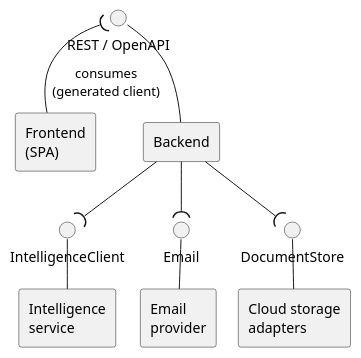
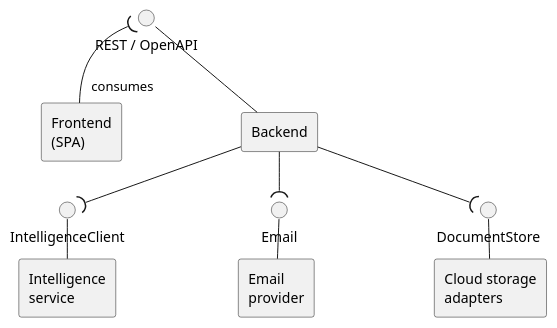
One commit to idris-saddi/pfe-report changed the diagram in report/Chapter3/figures/component-view.puml. Above: the diagram before and after it, drawn with PlantUML. The commit also changed 35 other files, not shown here.

Commit message:
refactor: update figures and improve diagram layouts for clarity

```diff
--- a/report/Chapter3/figures/component-view.puml
+++ b/report/Chapter3/figures/component-view.puml
@@ -1,39 +1,45 @@
 @startuml component-view
 '==============================================================================
 ' Figure (Chapter III): CLMPilot component view -- one provided interface and
 ' three required interfaces, each named so the implementation is swappable.
 ' Conceptual on purpose (supervisor feedback): roles, not products -- the
 ' concrete tools behind each component are named in Chapter IV.
+' Shape: laid out WIDE -- the backend fans out to its 3 required interfaces
+' side by side, with the frontend beside it. A tall, narrow version of this
+' diagram had to be included at a small width to fit, which shrank the boxes.
+' The width comes from nodesep (horizontal gap within a rank) against a small
+' ranksep (vertical gap between ranks); do NOT use `left to right direction`,
+' which collapses the fan-out into a single column and makes it far taller.
 ' Render:  plantuml -tpdf component-view.puml      (or -tpng)
 '==============================================================================
 skinparam shadowing false
 skinparam defaultFontName Helvetica
 skinparam componentStyle rectangle
-skinparam ranksep 26
-skinparam nodesep 22
+skinparam ranksep 16
+skinparam nodesep 120
 
 component "Frontend\n(SPA)" as fe
 component "Backend" as be
 
 ' Provided interface: the generated REST/OpenAPI contract.
 interface "REST / OpenAPI" as rest
 be -up- rest
-fe -up-( rest : consumes\n(generated client)
+fe -up-( rest : \nconsumes
 
 ' Required interfaces: named seams behind which providers are swappable.
 interface "IntelligenceClient" as iIntel
 interface "Email" as iMail
 interface "DocumentStore" as iStore
 
 be -down-( iIntel
 be -down-( iMail
 be -down-( iStore
 
 component "Intelligence\nservice" as intel
 component "Email\nprovider" as mail
 component "Cloud storage\nadapters" as store
 
 iIntel -down- intel
 iMail  -down- mail
 iStore -down- store
 @enduml
```
